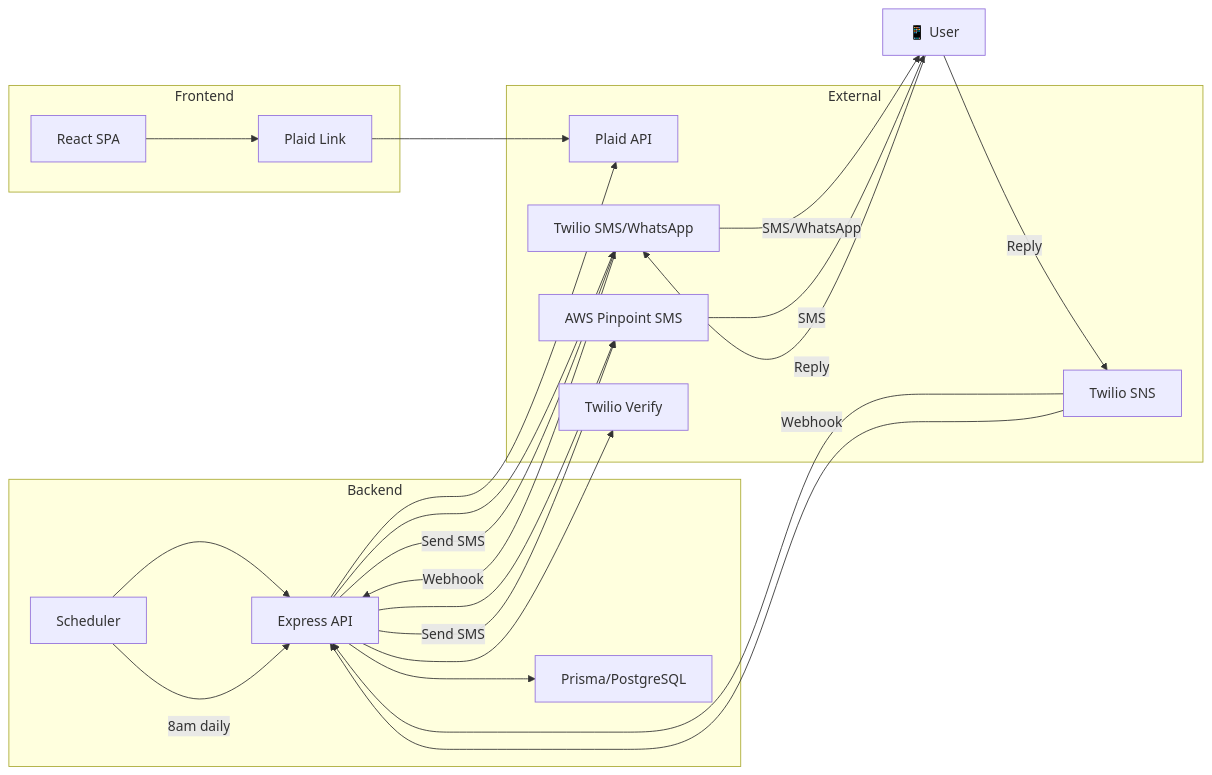
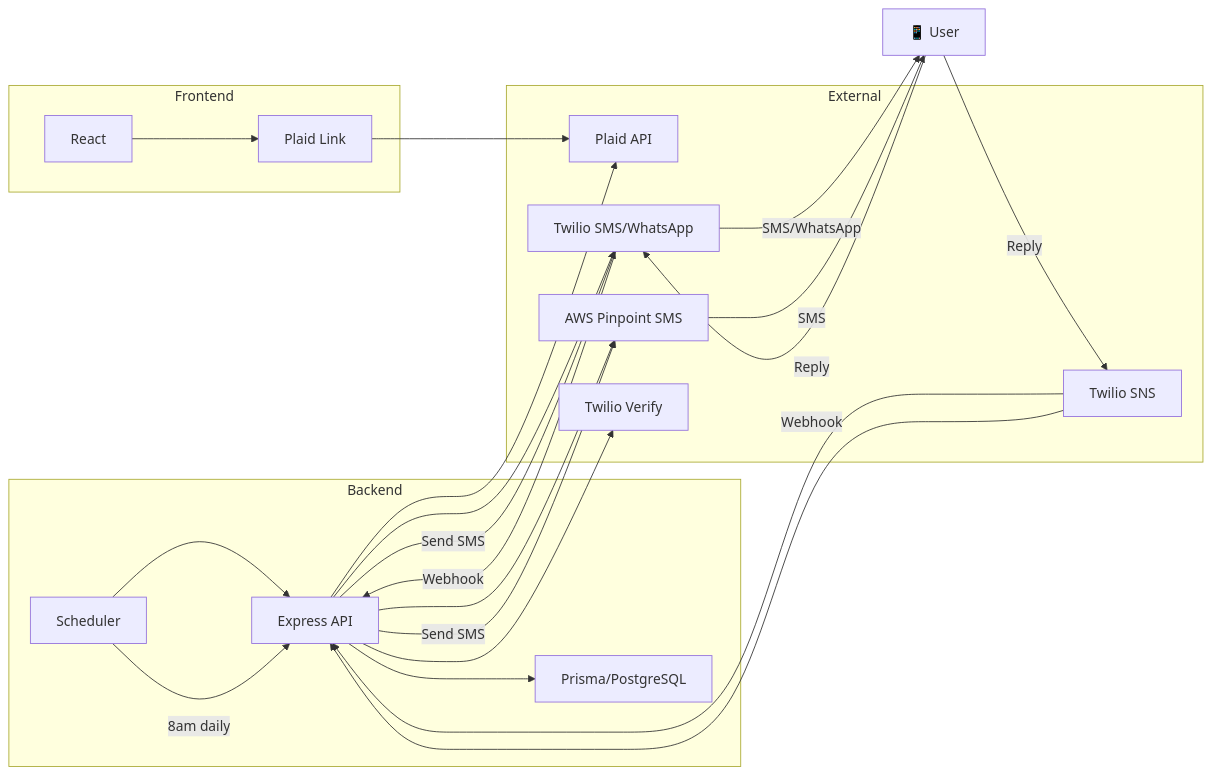
Before and after one commit to tunaSandwich/moony: the diagram in README.md, drawn with Mermaid.

Commit message:
Minor update to README.md

````diff
--- a/README.md
+++ b/README.md
@@ -8,30 +8,30 @@
 ```mermaid
   flowchart LR
       subgraph Frontend
-          A[React SPA] --> B[Plaid Link]
+          A[React] --> B[Plaid Link]
       end
 
       subgraph Backend
           C[Express API] --> D[Prisma/PostgreSQL]
           E[Scheduler] --> C
       end
 
       subgraph External
           B --> F[Plaid API]
           C --> F
           C --> G[Twilio SMS/WhatsApp]
           C --> H[AWS Pinpoint SMS]
           C --> I[Twilio Verify]
           J[Twilio SNS] --> C
       end
 
       E -->|8am daily| C
       C -->|Send SMS| G
       C -->|Send SMS| H
       G -->|SMS/WhatsApp| K[📱 User]
       H -->|SMS| K
       K -->|Reply| G
       K -->|Reply| J
       G -->|Webhook| C
       J -->|Webhook| C
 ```
````
